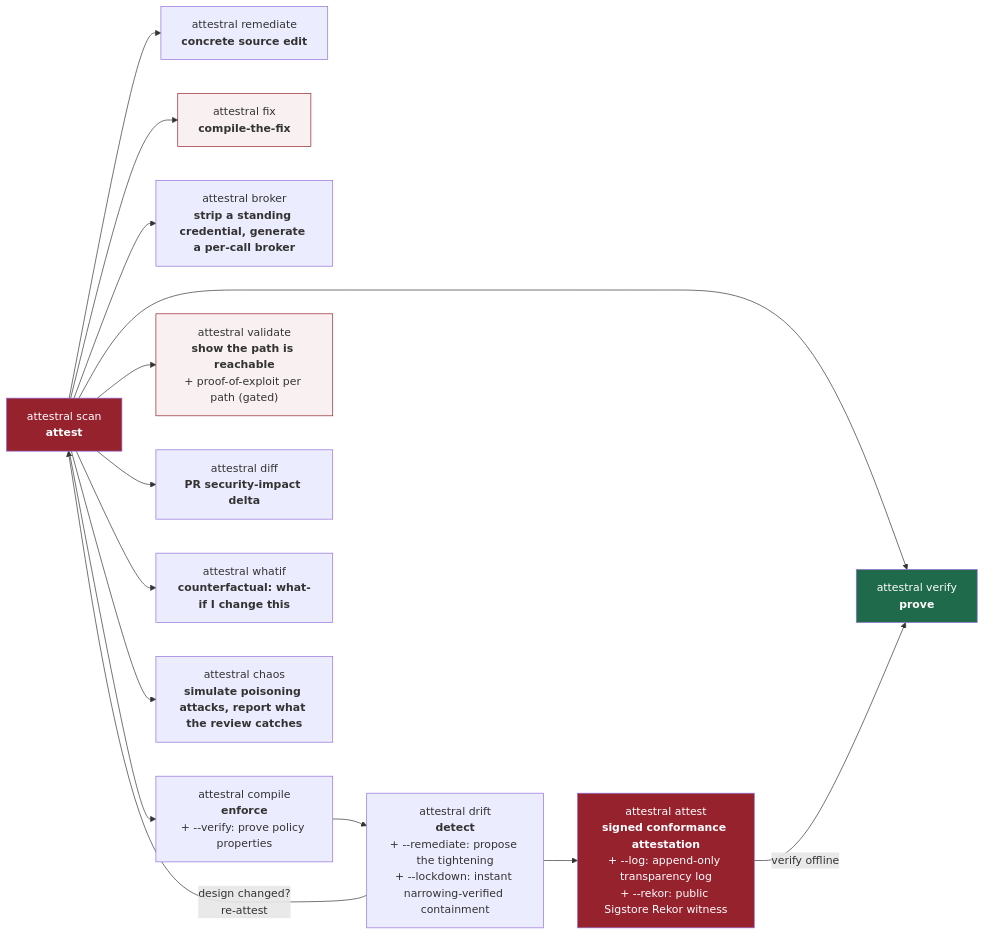
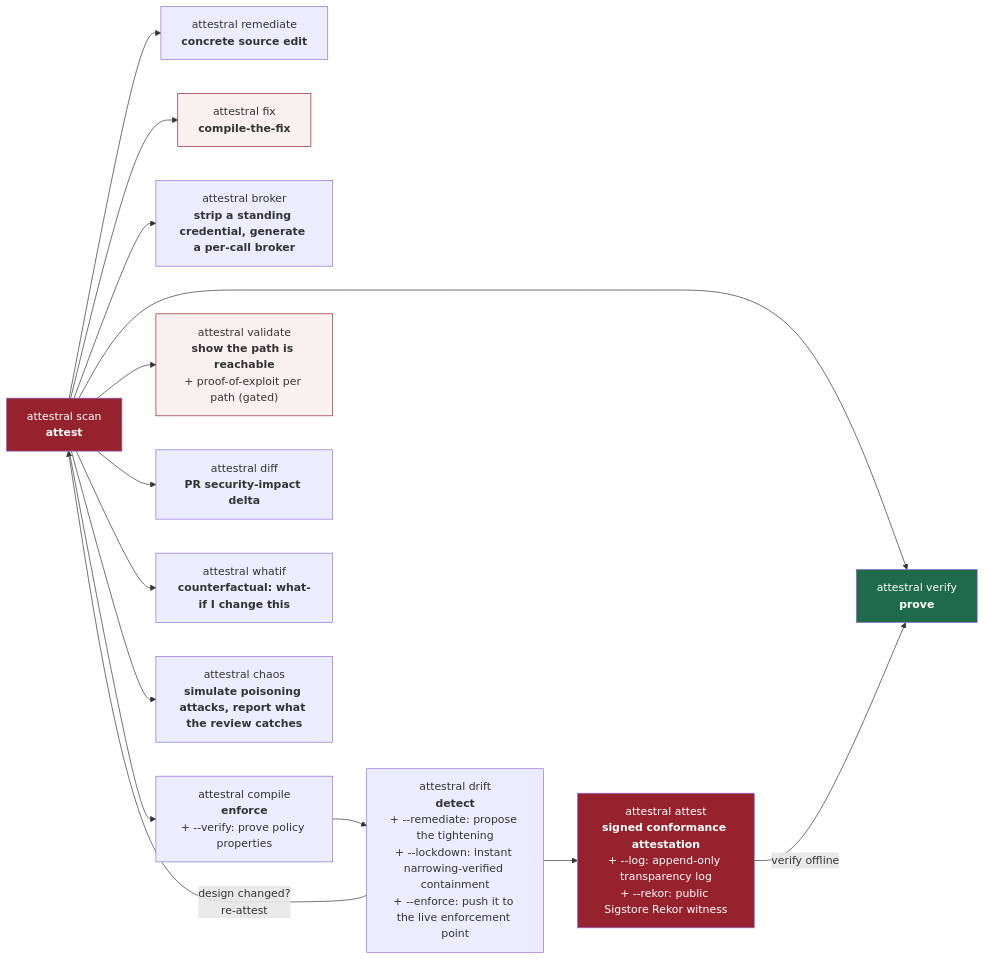
The second of 4 diagrams in README.md (attestral-labs/attestral), drawn with Mermaid before and after one commit. The commit also changed other lines of this file and 2 other files, not shown here.

First line of the commit message:
docs+site: document the live drift containment loop

````diff
--- a/README.md
+++ b/README.md
@@ -287,21 +287,21 @@
 ```mermaid
 flowchart LR
     A["attestral scan<br/><b>attest</b>"] --> B["attestral verify<br/><b>prove</b>"]
     A --> R["attestral remediate<br/><b>concrete source edit</b>"]
     A --> F["attestral fix<br/><b>compile-the-fix</b>"]
     A --> BR["attestral broker<br/><b>strip a standing credential, generate a per-call broker</b>"]
     A --> C["attestral compile<br/><b>enforce</b><br/>+ --verify: prove policy properties"]
-    C --> D["attestral drift<br/><b>detect</b><br/>+ --remediate: propose the tightening<br/>+ --lockdown: instant narrowing-verified containment"]
+    C --> D["attestral drift<br/><b>detect</b><br/>+ --remediate: propose the tightening<br/>+ --lockdown: instant narrowing-verified containment<br/>+ --enforce: push it to the live enforcement point"]
     D --> AT["attestral attest<br/><b>signed conformance attestation</b><br/>+ --log: append-only transparency log<br/>+ --rekor: public Sigstore Rekor witness"]
     AT -->|"verify offline"| B
     D -->|"design changed?<br/>re-attest"| A
     A --> V["attestral validate<br/><b>show the path is reachable</b><br/>+ proof-of-exploit per path (gated)"]
     A --> DF["attestral diff<br/><b>PR security-impact delta</b>"]
     A --> WI["attestral whatif<br/><b>counterfactual: what-if I change this</b>"]
     A --> CH["attestral chaos<br/><b>simulate poisoning attacks, report what the review catches</b>"]
     style A fill:#96222E,color:#fff
     style B fill:#1F6A4A,color:#fff
     style F fill:#96222E11,stroke:#96222E
     style V fill:#96222E11,stroke:#96222E
     style AT fill:#96222E,color:#fff
 ```
````
